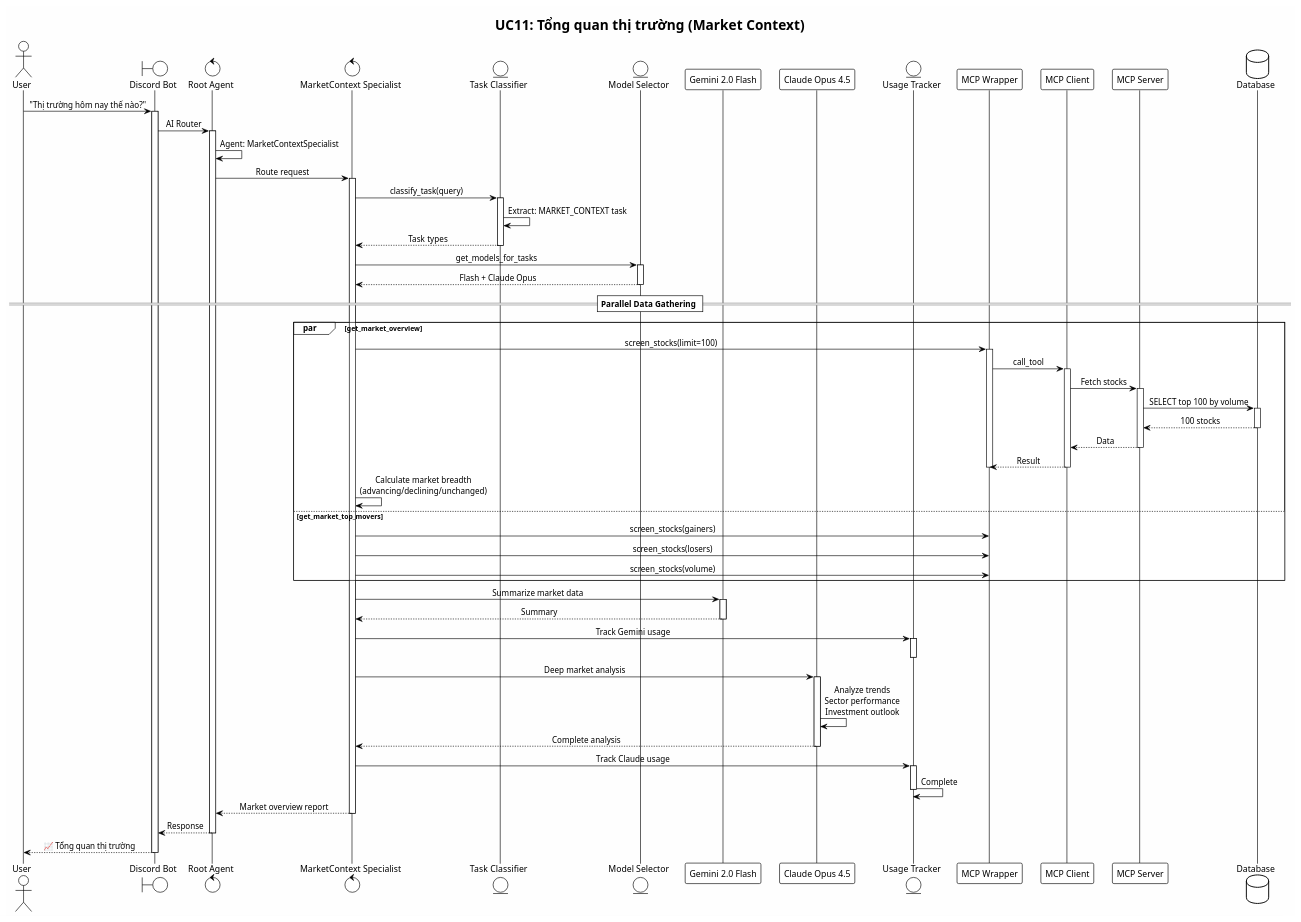
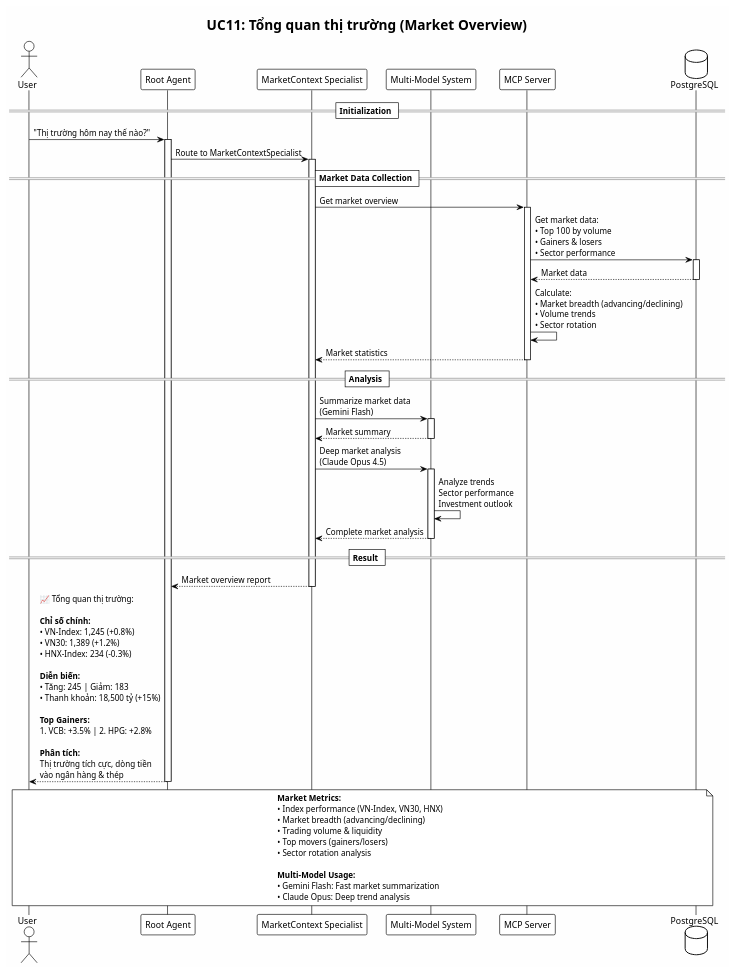
Before and after one commit to GiangNV-HUST/DATN: the diagram in diagrams/sources/sequence_diagrams/sequence_uc11_market_context.puml, drawn with PlantUML. The commit also changed other lines of this file and 9 other files, not shown here.

First line of the commit message:
refactor: Optimize 5 additional complex sequence diagrams

```diff
--- a/diagrams/sources/sequence_diagrams/sequence_uc11_market_context.puml
+++ b/diagrams/sources/sequence_diagrams/sequence_uc11_market_context.puml
@@ -1,99 +2,65 @@
 @startuml sequence_uc11_market_context
 !theme plain
 skinparam backgroundColor #FEFEFE
-skinparam sequenceMessageAlign center
 skinparam shadowing false
+skinparam defaultFontName "Times New Roman"
 
-title UC11: Tổng quan thị trường (Market Context)
+title UC11: Tổng quan thị trường (Market Overview)
 
 actor User
-boundary "Discord Bot" as Bot
-control "Root Agent" as Root
-control "MarketContext Specialist" as Market
-entity "Task Classifier" as Classifier
-entity "Model Selector" as Selector
-participant "Gemini 2.0 Flash" as Flash
-participant "Claude Opus 4.5" as Claude
-entity "Usage Tracker" as Tracker
-participant "MCP Wrapper" as Wrapper
-participant "MCP Client" as Client
-participant "MCP Server" as Server
-database "Database" as DB
+participant "Root Agent" as Root
+participant "MarketContext Specialist" as Market
+participant "Multi-Model System" as Models
+participant "MCP Server" as MCP
+database "PostgreSQL" as DB
 
-User -> Bot: "Thị trường hôm nay thế nào?"
-activate Bot
-
-Bot -> Root: AI Router
+== Initialization ==
+User -> Root: "Thị trường hôm nay thế nào?"
 activate Root
-Root -> Root: Agent: MarketContextSpecialist
-
-Root -> Market: Route request
+Root -> Market: Route to MarketContextSpecialist
 activate Market
 
-Market -> Classifier: classify_task(query)
-activate Classifier
-Classifier -> Classifier: Extract: MARKET_CONTEXT task
-Classifier --> Market: Task types
-deactivate Classifier
+== Market Data Collection ==
+Market -> MCP: Get market overview
+activate MCP
+MCP -> DB: Get market data:\n• Top 100 by volume\n• Gainers & losers\n• Sector performance
+activate DB
+DB --> MCP: Market data
+deactivate DB
 
-Market -> Selector: get_models_for_tasks
-activate Selector
-Selector --> Market: Flash + Claude Opus
-deactivate Selector
+MCP -> MCP: Calculate:\n• Market breadth (advancing/declining)\n• Volume trends\n• Sector rotation
+MCP --> Market: Market statistics
+deactivate MCP
 
-== Parallel Data Gathering ==
+== Analysis ==
+Market -> Models: Summarize market data\n(Gemini Flash)
+activate Models
+Models --> Market: Market summary
+deactivate Models
 
-par get_market_overview
-    Market -> Wrapper: screen_stocks(limit=100)
-    activate Wrapper
-    Wrapper -> Client: call_tool
-    activate Client
-    Client -> Server: Fetch stocks
-    activate Server
-    Server -> DB: SELECT top 100 by volume
-    activate DB
-    DB --> Server: 100 stocks
-    deactivate DB
-    Server --> Client: Data
-    deactivate Server
-    Client --> Wrapper: Result
-    deactivate Client
-    deactivate Wrapper
+Market -> Models: Deep market analysis\n(Claude Opus 4.5)
+activate Models
+Models -> Models: Analyze trends\nSector performance\nInvestment outlook
+Models --> Market: Complete market analysis
+deactivate Models
 
-    Market -> Market: Calculate market breadth\n(advancing/declining/unchanged)
-else get_market_top_movers
-    Market -> Wrapper: screen_stocks(gainers)
-    Market -> Wrapper: screen_stocks(losers)
-    Market -> Wrapper: screen_stocks(volume)
-end
-
-Market -> Flash: Summarize market data
-activate Flash
-Flash --> Market: Summary
-deactivate Flash
-
-Market -> Tracker: Track Gemini usage
-activate Tracker
-deactivate Tracker
-
-Market -> Claude: Deep market analysis
-activate Claude
-Claude -> Claude: Analyze trends\nSector performance\nInvestment outlook
-Claude --> Market: Complete analysis
-deactivate Claude
-
-Market -> Tracker: Track Claude usage
-activate Tracker
-Tracker -> Tracker: Complete
-deactivate Tracker
-
+== Result ==
 Market --> Root: Market overview report
 deactivate Market
-
-Root --> Bot: Response
+Root --> User: 📈 Tổng quan thị trường:\n\n**Chỉ số chính:**\n• VN-Index: 1,245 (+0.8%)\n• VN30: 1,389 (+1.2%)\n• HNX-Index: 234 (-0.3%)\n\n**Diễn biến:**\n• Tăng: 245 | Giảm: 183\n• Thanh khoản: 18,500 tỷ (+15%)\n\n**Top Gainers:**\n1. VCB: +3.5% | 2. HPG: +2.8%\n\n**Phân tích:**\nThị trường tích cực, dòng tiền\nvào ngân hàng & thép
 deactivate Root
 
-Bot --> User: 📈 Tổng quan thị trường
-deactivate Bot
+note over User, DB
+  **Market Metrics:**
+  • Index performance (VN-Index, VN30, HNX)
+  • Market breadth (advancing/declining)
+  • Trading volume & liquidity
+  • Top movers (gainers/losers)
+  • Sector rotation analysis
+
+  **Multi-Model Usage:**
+  • Gemini Flash: Fast market summarization
+  • Claude Opus: Deep trend analysis
+end note
 
 @enduml
```
